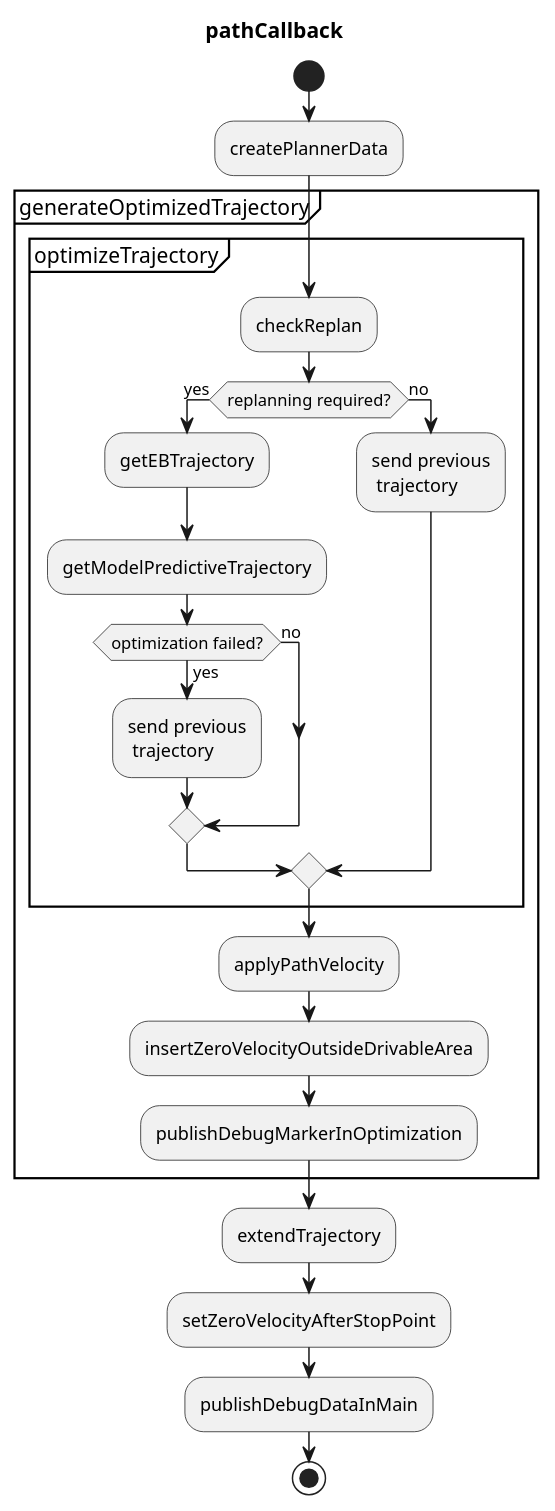
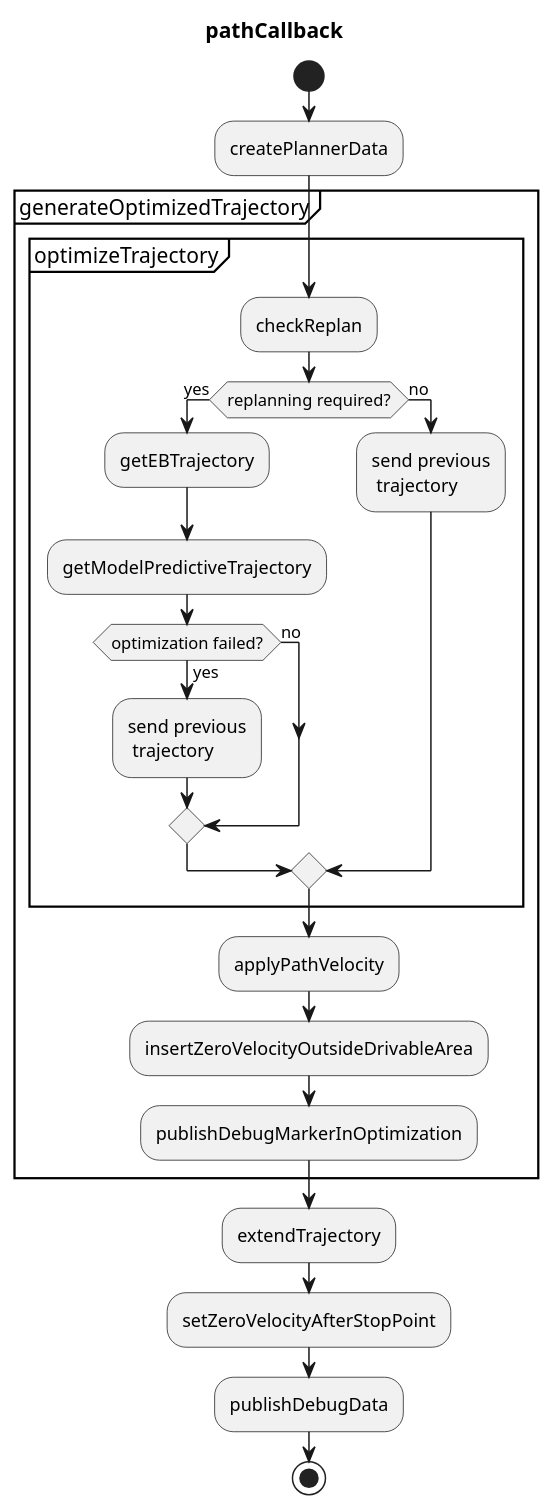
One commit to autowarefoundation/autoware.universe changed the diagram in planning/collision_free_path_planner/README.md. Above: the diagram before and after it, drawn with PlantUML. The commit also changed other lines of this file and 5 other files, not shown here.

````diff
--- a/planning/collision_free_path_planner/README.md
+++ b/planning/collision_free_path_planner/README.md
@@ -35,37 +36,37 @@
 ```plantuml
 @startuml
 title pathCallback
 start
 
 :createPlannerData;
 
 group generateOptimizedTrajectory
   group optimizeTrajectory
     :checkReplan;
     if (replanning required?) then (yes)
       :getEBTrajectory;
       :getModelPredictiveTrajectory;
       if (optimization failed?) then (no)
       else (yes)
         :send previous\n trajectory;
       endif
     else (no)
       :send previous\n trajectory;
     endif
   end group
 
   :applyPathVelocity;
   :insertZeroVelocityOutsideDrivableArea;
   :publishDebugMarkerInOptimization;
 end group
 
 
 :extendTrajectory;
 
 :setZeroVelocityAfterStopPoint;
 
-:publishDebugDataInMain;
+:publishDebugData;
 
 stop
 @enduml
 ```
````
